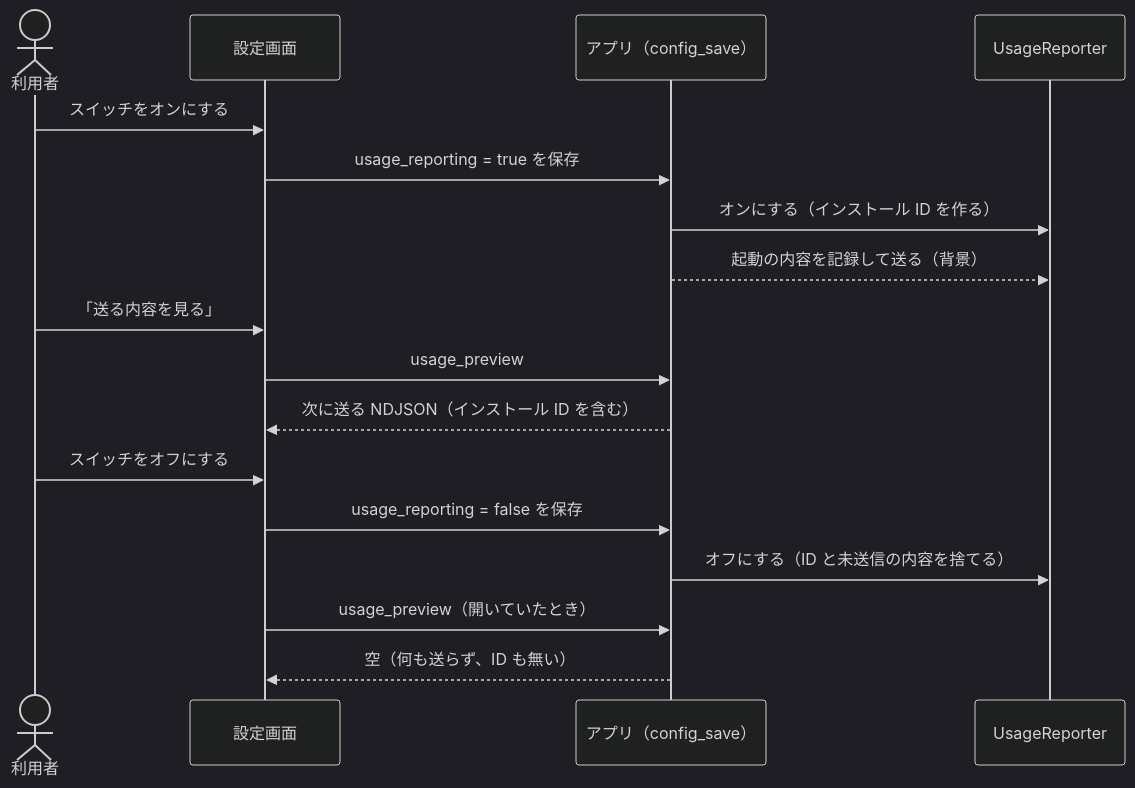
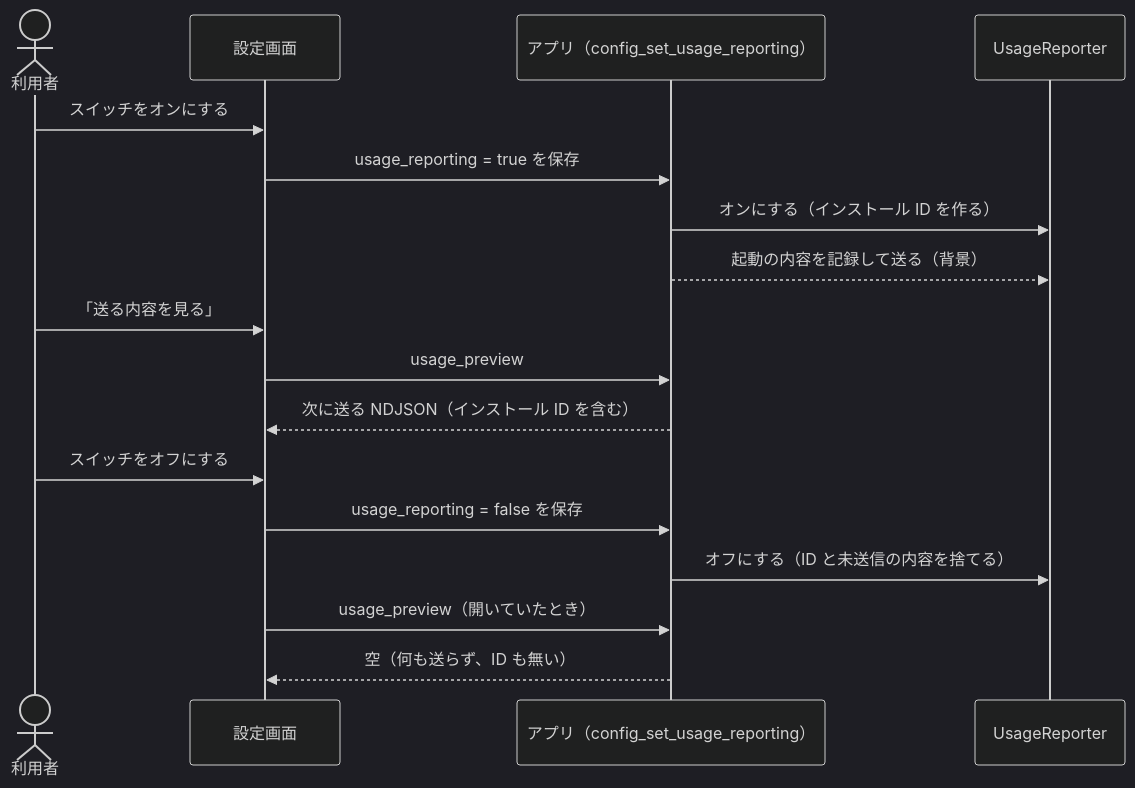
Before and after one commit to koedame/jamjam-client: the second of 2 diagrams in docs-spec/api/telemetry.md, drawn with Mermaid (dark theme). The commit also changed 20 other files, not shown here.

````diff
--- a/docs-spec/api/telemetry.md
+++ b/docs-spec/api/telemetry.md
@@ -110,20 +110,20 @@
 ```mermaid
 sequenceDiagram
     actor U as 利用者
     participant UI as 設定画面
-    participant App as アプリ（config_save）
+    participant App as アプリ（config_set_usage_reporting）
     participant Rep as UsageReporter
 
     U->>UI: スイッチをオンにする
     UI->>App: usage_reporting = true を保存
     App->>Rep: オンにする（インストール ID を作る）
     App-->>Rep: 起動の内容を記録して送る（背景）
     U->>UI: 「送る内容を見る」
     UI->>App: usage_preview
     App-->>UI: 次に送る NDJSON（インストール ID を含む）
     U->>UI: スイッチをオフにする
     UI->>App: usage_reporting = false を保存
     App->>Rep: オフにする（ID と未送信の内容を捨てる）
     UI->>App: usage_preview（開いていたとき）
     App-->>UI: 空（何も送らず、ID も無い）
 ```
````
